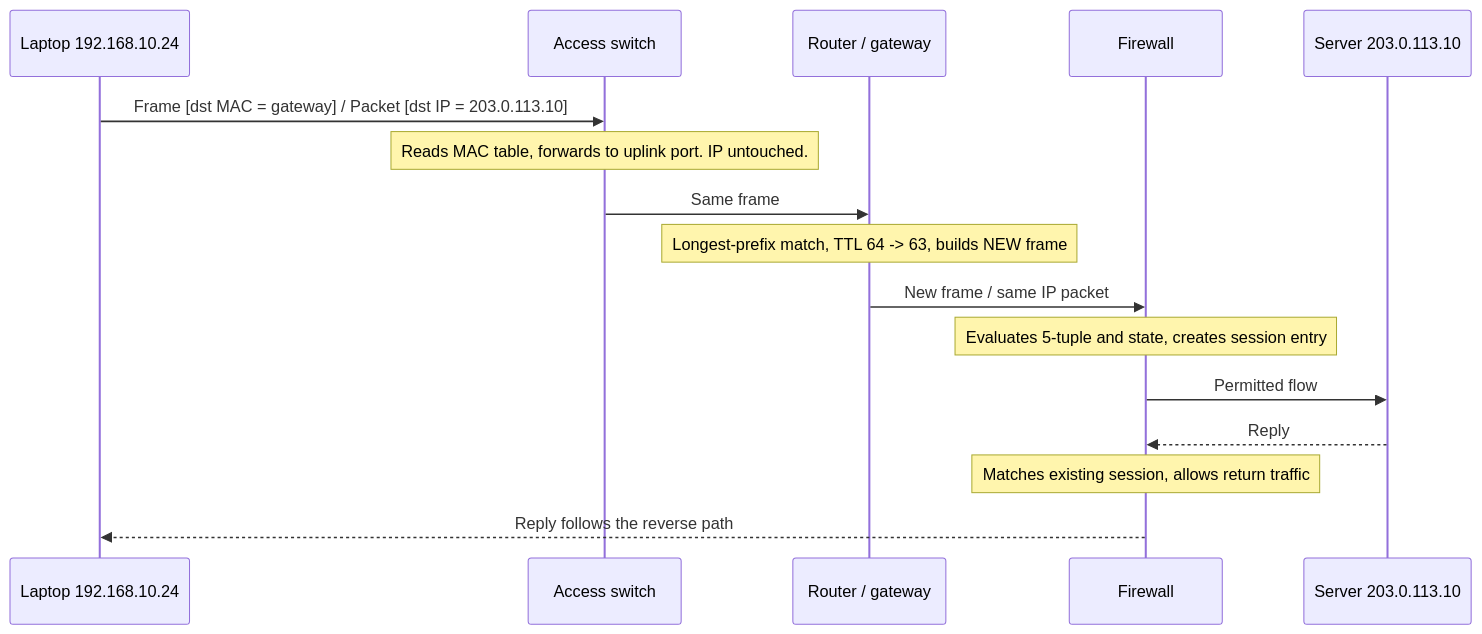
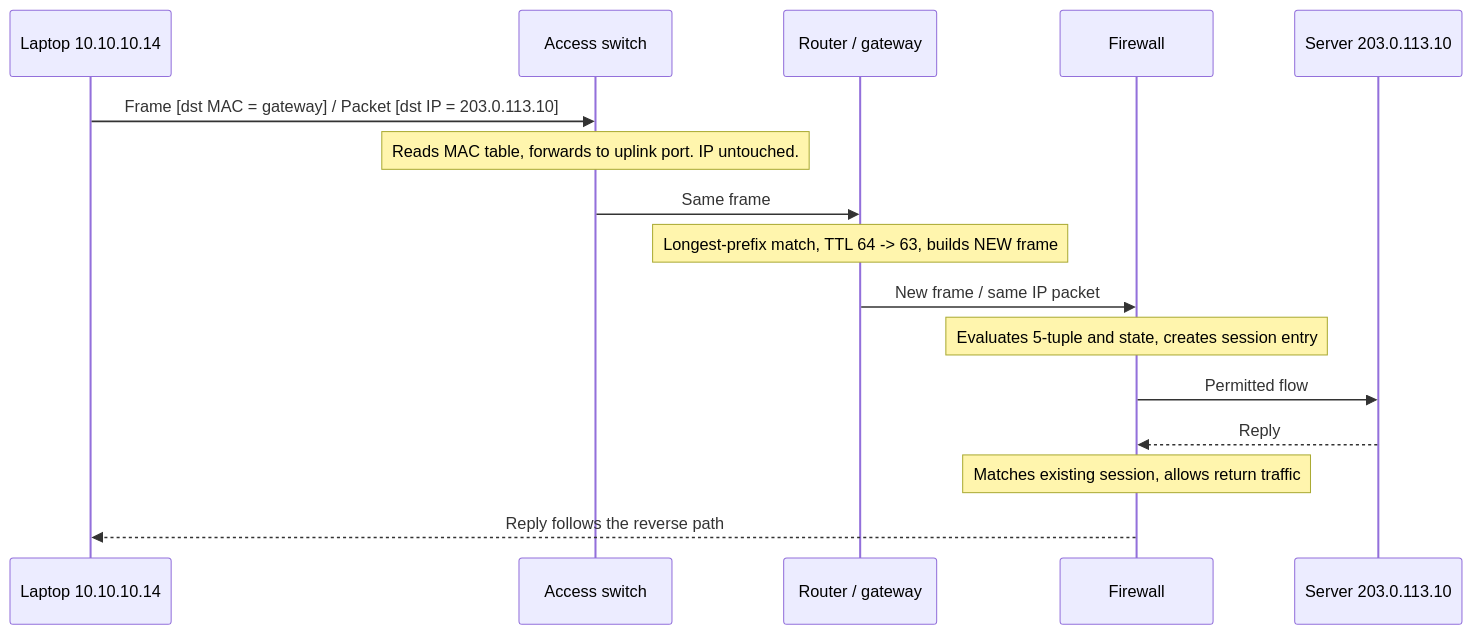
Before and after one commit to nnr-root/cybersec-crook2root-notes: the diagram in Networking/Network Foundations/Network Devices & Traffic Paths.md, drawn with Mermaid. The commit also changed other lines of this file and 5 other files, not shown here.

````diff
--- a/Networking/Network Foundations/Network Devices & Traffic Paths.md
+++ b/Networking/Network Foundations/Network Devices & Traffic Paths.md
@@ -71,18 +71,18 @@
 ```mermaid
 sequenceDiagram
-    participant H as Laptop 192.168.10.24
+    participant H as Laptop 10.10.10.14
     participant SW as Access switch
     participant R as Router / gateway
     participant FW as Firewall
     participant S as Server 203.0.113.10
     H->>SW: Frame [dst MAC = gateway] / Packet [dst IP = 203.0.113.10]
     Note over SW: Reads MAC table, forwards to uplink port. IP untouched.
     SW->>R: Same frame
     Note over R: Longest-prefix match, TTL 64 -> 63, builds NEW frame
     R->>FW: New frame / same IP packet
     Note over FW: Evaluates 5-tuple and state, creates session entry
     FW->>S: Permitted flow
     S-->>FW: Reply
     Note over FW: Matches existing session, allows return traffic
     FW-->>H: Reply follows the reverse path
 ```
````
